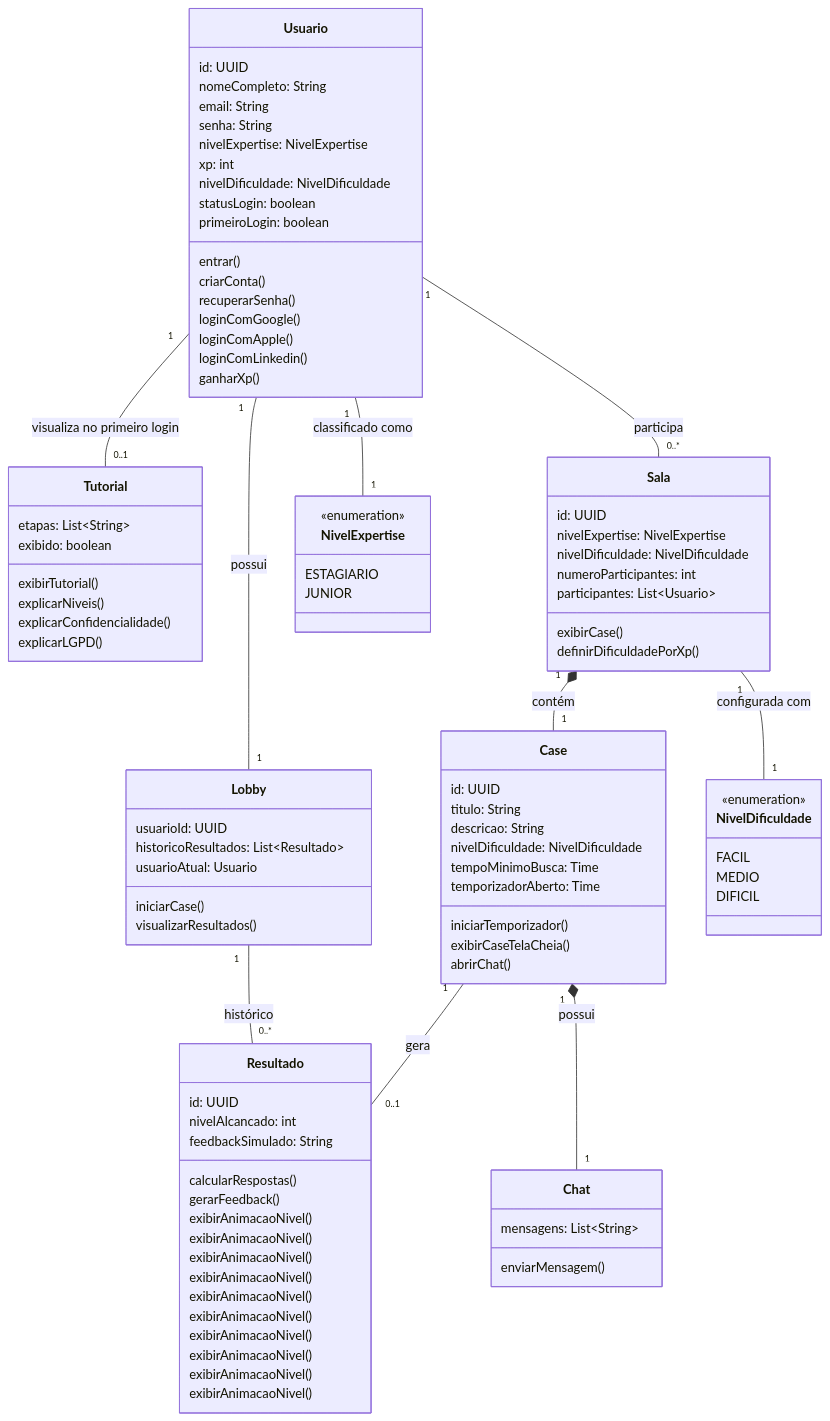
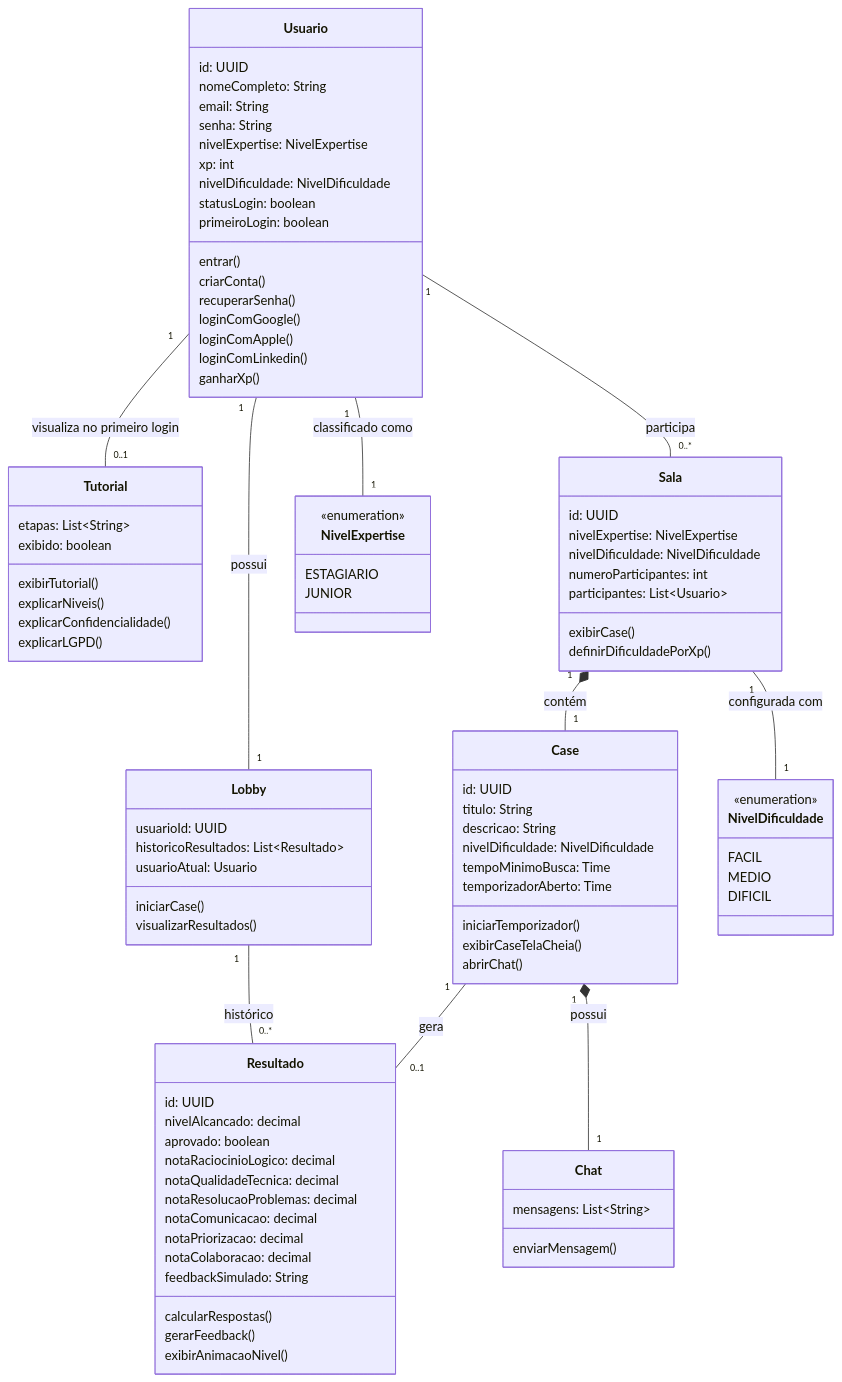
One commit to juninhos-comunidade/thecoders changed the diagram in docs/arquitetura.md. Above: the diagram before and after it, drawn with Mermaid. The commit also changed other lines of this file, not shown here.

```diff
--- a/docs/arquitetura.md
+++ b/docs/arquitetura.md
@@ -203,19 +236,17 @@
 
   class Resultado {
     id: UUID
-    nivelAlcancado: int
+    nivelAlcancado: decimal
+    aprovado: boolean
+    notaRaciocinioLogico: decimal
+    notaQualidadeTecnica: decimal
+    notaResolucaoProblemas: decimal
+    notaComunicacao: decimal
+    notaPriorizacao: decimal
+    notaColaboracao: decimal
     feedbackSimulado: String
     calcularRespostas()
     gerarFeedback()
-    exibirAnimacaoNivel()
-    exibirAnimacaoNivel()
-    exibirAnimacaoNivel()
-    exibirAnimacaoNivel()
-    exibirAnimacaoNivel()
-    exibirAnimacaoNivel()
-    exibirAnimacaoNivel()
-    exibirAnimacaoNivel()
-    exibirAnimacaoNivel()
     exibirAnimacaoNivel()
   }
 
```
